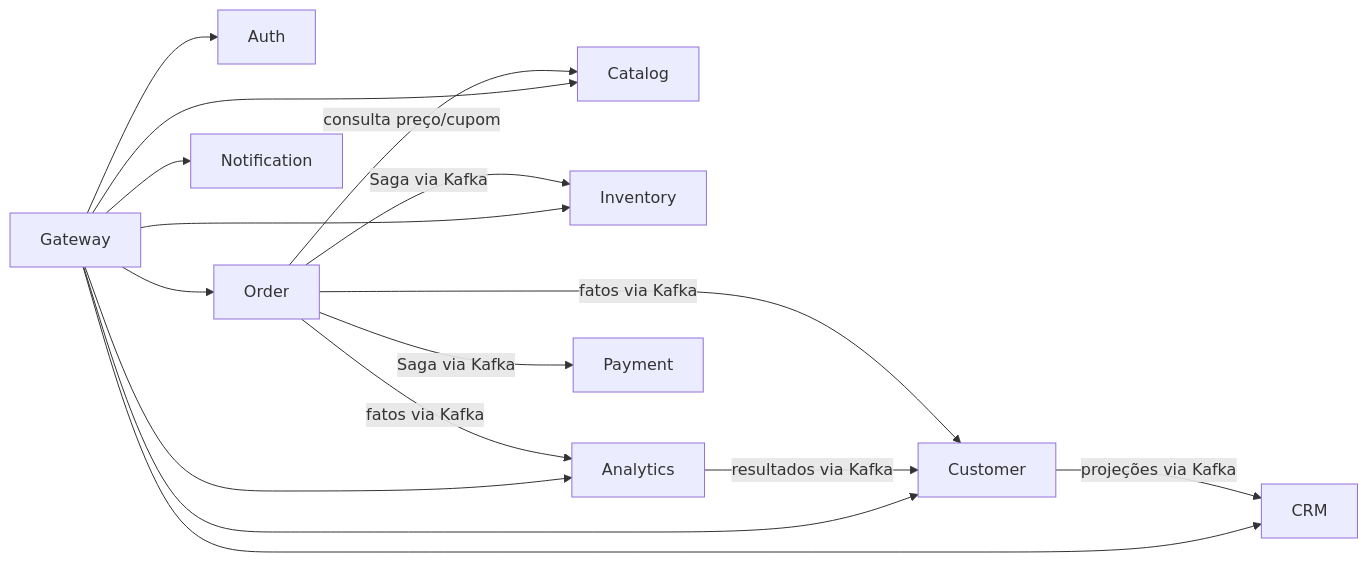
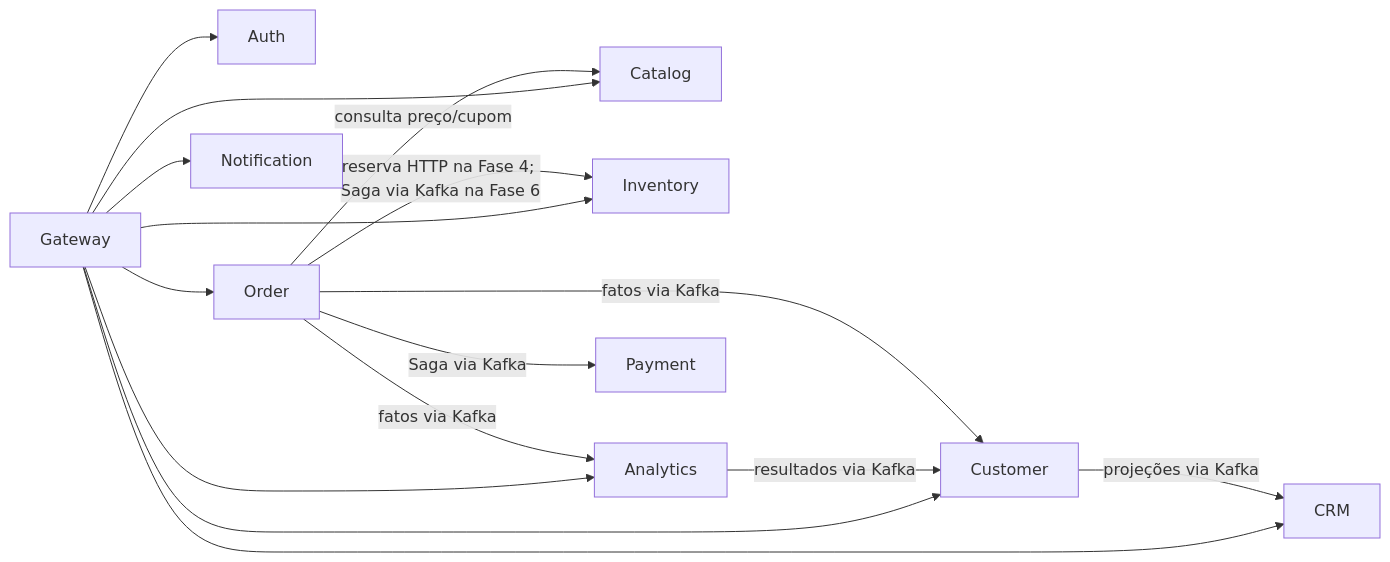
Before and after one commit to JoaoMatheusVerissimo/commerceflow: the diagram in docs/architecture/services.md, drawn with Mermaid. The commit also changed 18 other files, not shown here.

````diff
--- a/docs/architecture/services.md
+++ b/docs/architecture/services.md
@@ -50,18 +50,18 @@
 ```mermaid
 flowchart LR
     Gateway --> Auth
     Gateway --> Customer
     Gateway --> Catalog
     Gateway --> Order
     Gateway --> Inventory
     Gateway --> CRM
     Gateway --> Notification
     Gateway --> Analytics
     Order -->|consulta preço/cupom| Catalog
-    Order -->|Saga via Kafka| Inventory
+    Order -->|reserva HTTP na Fase 4; Saga via Kafka na Fase 6| Inventory
     Order -->|Saga via Kafka| Payment
     Analytics -->|resultados via Kafka| Customer
     Customer -->|projeções via Kafka| CRM
     Order -->|fatos via Kafka| Customer
     Order -->|fatos via Kafka| Analytics
 ```
````
